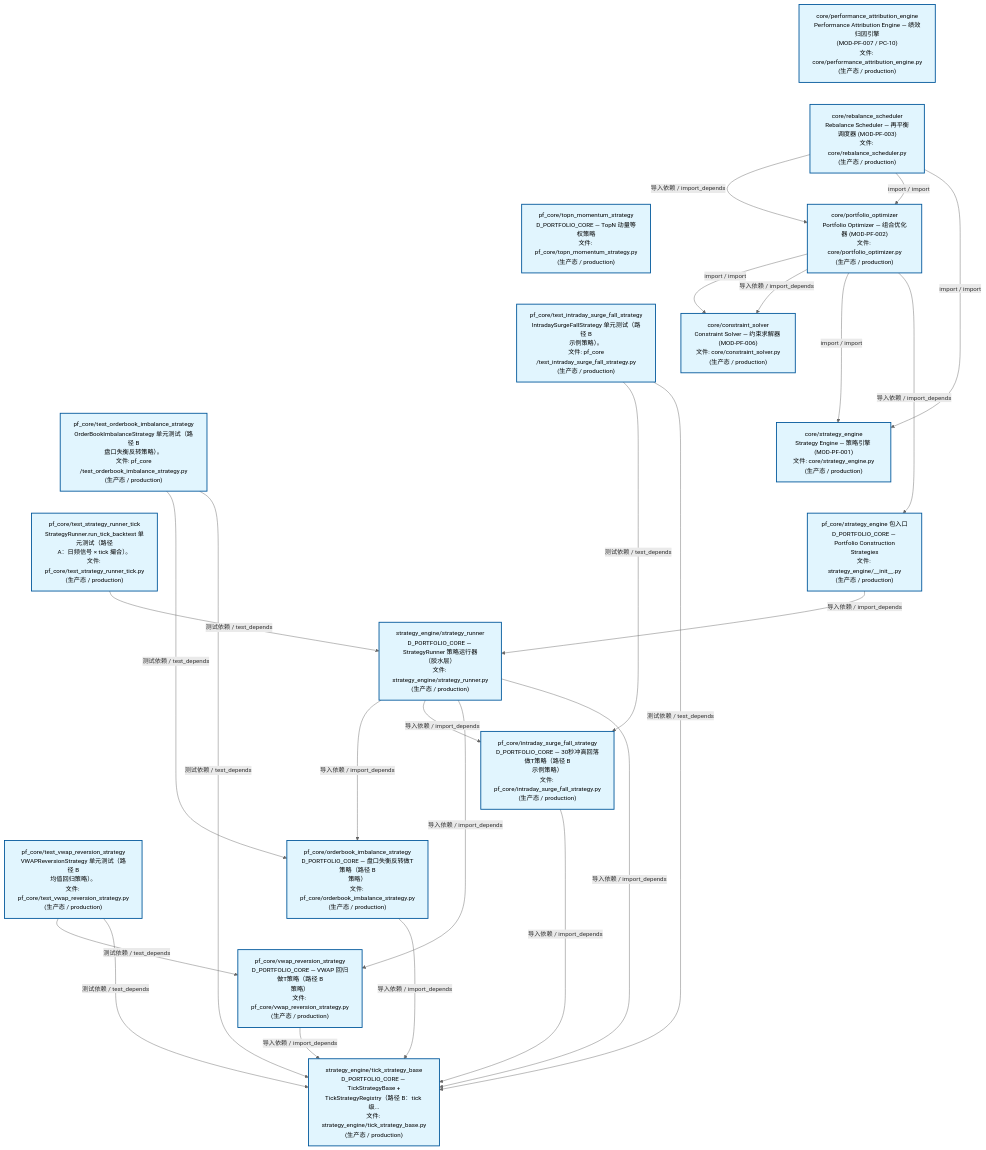
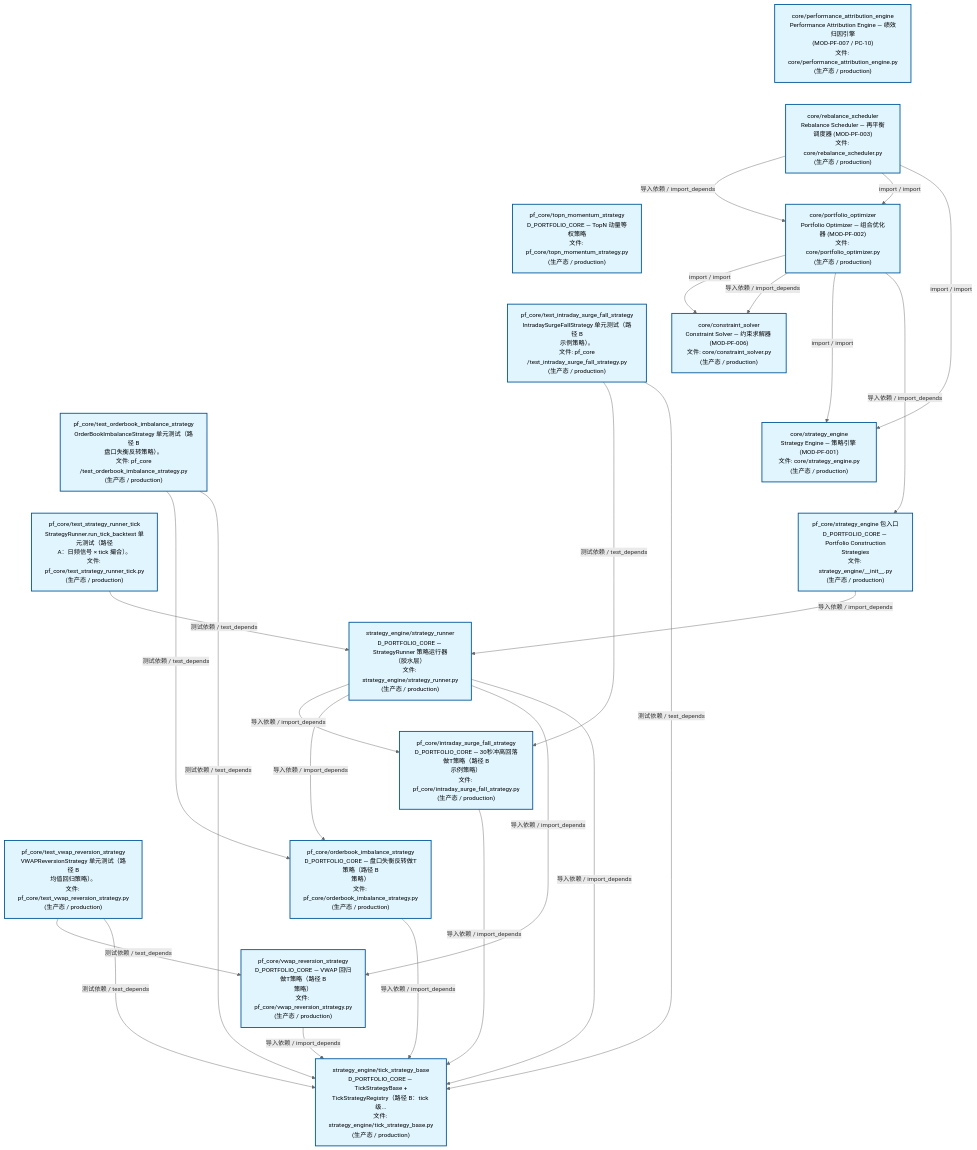
One commit to xuanFelixVan/ZephyrAlpha changed the second of 3 diagrams in docs/02_enterprise_architecture/02_domain_architecture_docs/63_d_pf_core.md. Above: the diagram before and after it, drawn with Mermaid. The commit also changed other lines of this file and 43 other files, not shown here.

````diff
--- a/docs/02_enterprise_architecture/02_domain_architecture_docs/63_d_pf_core.md
+++ b/docs/02_enterprise_architecture/02_domain_architecture_docs/63_d_pf_core.md
@@ -138,57 +139,57 @@
 ```mermaid
 %%{init: {'theme': 'base', 'themeVariables': {'primaryColor': '#eaeaea', 'primaryTextColor': '#333333', 'primaryBorderColor': '#666666', 'lineColor': '#666666', 'secondaryColor': '#eaeaea', 'tertiaryColor': '#eaeaea', 'fontSize': '14px'}}}%%
 flowchart TD
     src_zephyr_pf_core_core_performance_attribution_engine_py["core/performance_attribution_engine<br/>Performance Attribution Engine — 绩效归因引擎<br/>(MOD-PF-007 / PC-10)<br/>文件: core/performance_attribution_engine.py<br/>(生产态 / production)"]
     src_zephyr_pf_core_core_rebalance_scheduler_py["core/rebalance_scheduler<br/>Rebalance Scheduler — 再平衡调度器 (MOD-PF-003)<br/>文件: core/rebalance_scheduler.py<br/>(生产态 / production)"]
     src_zephyr_pf_core_topn_momentum_strategy_py["pf_core/topn_momentum_strategy<br/>D_PORTFOLIO_CORE — TopN 动量等权策略<br/>文件: pf_core/topn_momentum_strategy.py<br/>(生产态 / production)"]
     tests_pf_core_test_intraday_surge_fall_strategy_py["pf_core/test_intraday_surge_fall_strategy<br/>IntradaySurgeFallStrategy 单元测试（路径 B<br/>示例策略）。<br/>文件: pf_core<br/>/test_intraday_surge_fall_strategy.py<br/>(生产态 / production)"]
     tests_pf_core_test_orderbook_imbalance_strategy_py["pf_core/test_orderbook_imbalance_strategy<br/>OrderBookImbalanceStrategy 单元测试（路径 B<br/>盘口失衡反转策略）。<br/>文件: pf_core<br/>/test_orderbook_imbalance_strategy.py<br/>(生产态 / production)"]
     tests_pf_core_test_strategy_runner_tick_py["pf_core/test_strategy_runner_tick<br/>StrategyRunner.run_tick_backtest 单元测试（路径<br/>A：日频信号 × tick 撮合）。<br/>文件: pf_core/test_strategy_runner_tick.py<br/>(生产态 / production)"]
     tests_pf_core_test_vwap_reversion_strategy_py["pf_core/test_vwap_reversion_strategy<br/>VWAPReversionStrategy 单元测试（路径 B<br/>均值回归策略）。<br/>文件: pf_core/test_vwap_reversion_strategy.py<br/>(生产态 / production)"]
     src_zephyr_pf_core_core_performance_attribution_engine_py ~~~ src_zephyr_pf_core_core_rebalance_scheduler_py
     src_zephyr_pf_core_core_rebalance_scheduler_py ~~~ src_zephyr_pf_core_topn_momentum_strategy_py
     src_zephyr_pf_core_topn_momentum_strategy_py ~~~ tests_pf_core_test_intraday_surge_fall_strategy_py
     tests_pf_core_test_intraday_surge_fall_strategy_py ~~~ tests_pf_core_test_orderbook_imbalance_strategy_py
     tests_pf_core_test_orderbook_imbalance_strategy_py ~~~ tests_pf_core_test_strategy_runner_tick_py
     tests_pf_core_test_strategy_runner_tick_py ~~~ tests_pf_core_test_vwap_reversion_strategy_py
     src_zephyr_pf_core_core_portfolio_optimizer_py["core/portfolio_optimizer<br/>Portfolio Optimizer — 组合优化器 (MOD-PF-002)<br/>文件: core/portfolio_optimizer.py<br/>(生产态 / production)"]
     src_zephyr_pf_core_core_constraint_solver_py["core/constraint_solver<br/>Constraint Solver — 约束求解器 (MOD-PF-006)<br/>文件: core/constraint_solver.py<br/>(生产态 / production)"]
     src_zephyr_pf_core_core_strategy_engine_py["core/strategy_engine<br/>Strategy Engine — 策略引擎 (MOD-PF-001)<br/>文件: core/strategy_engine.py<br/>(生产态 / production)"]
     src_zephyr_pf_core_strategy_engine_init_py["pf_core/strategy_engine 包入口<br/>D_PORTFOLIO_CORE — Portfolio Construction<br/>Strategies<br/>文件: strategy_engine/__init__.py<br/>(生产态 / production)"]
     src_zephyr_pf_core_core_constraint_solver_py ~~~ src_zephyr_pf_core_core_strategy_engine_py
     src_zephyr_pf_core_core_strategy_engine_py ~~~ src_zephyr_pf_core_strategy_engine_init_py
     src_zephyr_pf_core_strategy_engine_strategy_runner_py["strategy_engine/strategy_runner<br/>D_PORTFOLIO_CORE — StrategyRunner 策略运行器<br/>（胶水层）<br/>文件: strategy_engine/strategy_runner.py<br/>(生产态 / production)"]
     src_zephyr_pf_core_intraday_surge_fall_strategy_py["pf_core/intraday_surge_fall_strategy<br/>D_PORTFOLIO_CORE — 30秒冲高回落做T策略（路径 B<br/>示例策略）<br/>文件: pf_core/intraday_surge_fall_strategy.py<br/>(生产态 / production)"]
     src_zephyr_pf_core_orderbook_imbalance_strategy_py["pf_core/orderbook_imbalance_strategy<br/>D_PORTFOLIO_CORE — 盘口失衡反转做T策略（路径 B<br/>策略）<br/>文件: pf_core/orderbook_imbalance_strategy.py<br/>(生产态 / production)"]
     src_zephyr_pf_core_vwap_reversion_strategy_py["pf_core/vwap_reversion_strategy<br/>D_PORTFOLIO_CORE — VWAP 回归做T策略（路径 B<br/>策略）<br/>文件: pf_core/vwap_reversion_strategy.py<br/>(生产态 / production)"]
     src_zephyr_pf_core_intraday_surge_fall_strategy_py ~~~ src_zephyr_pf_core_orderbook_imbalance_strategy_py
     src_zephyr_pf_core_orderbook_imbalance_strategy_py ~~~ src_zephyr_pf_core_vwap_reversion_strategy_py
     src_zephyr_pf_core_strategy_engine_tick_strategy_base_py["strategy_engine/tick_strategy_base<br/>D_PORTFOLIO_CORE — TickStrategyBase +<br/>TickStrategyRegistry（路径 B：tick 级...<br/>文件: strategy_engine/tick_strategy_base.py<br/>(生产态 / production)"]
+    src_zephyr_pf_core_intraday_surge_fall_strategy_py -->|导入依赖 / import_depends| src_zephyr_pf_core_strategy_engine_tick_strategy_base_py
     src_zephyr_pf_core_orderbook_imbalance_strategy_py -->|导入依赖 / import_depends| src_zephyr_pf_core_strategy_engine_tick_strategy_base_py
-    src_zephyr_pf_core_intraday_surge_fall_strategy_py -->|导入依赖 / import_depends| src_zephyr_pf_core_strategy_engine_tick_strategy_base_py
     src_zephyr_pf_core_vwap_reversion_strategy_py -->|导入依赖 / import_depends| src_zephyr_pf_core_strategy_engine_tick_strategy_base_py
     src_zephyr_pf_core_core_rebalance_scheduler_py -->|导入依赖 / import_depends| src_zephyr_pf_core_core_portfolio_optimizer_py
     src_zephyr_pf_core_core_rebalance_scheduler_py -->|import / import| src_zephyr_pf_core_core_portfolio_optimizer_py
     src_zephyr_pf_core_core_rebalance_scheduler_py -->|import / import| src_zephyr_pf_core_core_strategy_engine_py
     src_zephyr_pf_core_core_portfolio_optimizer_py -->|import / import| src_zephyr_pf_core_core_constraint_solver_py
     src_zephyr_pf_core_core_portfolio_optimizer_py -->|导入依赖 / import_depends| src_zephyr_pf_core_core_constraint_solver_py
     src_zephyr_pf_core_core_portfolio_optimizer_py -->|import / import| src_zephyr_pf_core_core_strategy_engine_py
     src_zephyr_pf_core_core_portfolio_optimizer_py -->|导入依赖 / import_depends| src_zephyr_pf_core_strategy_engine_init_py
     src_zephyr_pf_core_strategy_engine_init_py -->|导入依赖 / import_depends| src_zephyr_pf_core_strategy_engine_strategy_runner_py
+    src_zephyr_pf_core_strategy_engine_strategy_runner_py -->|导入依赖 / import_depends| src_zephyr_pf_core_intraday_surge_fall_strategy_py
     src_zephyr_pf_core_strategy_engine_strategy_runner_py -->|导入依赖 / import_depends| src_zephyr_pf_core_orderbook_imbalance_strategy_py
-    src_zephyr_pf_core_strategy_engine_strategy_runner_py -->|导入依赖 / import_depends| src_zephyr_pf_core_intraday_surge_fall_strategy_py
     src_zephyr_pf_core_strategy_engine_strategy_runner_py -->|导入依赖 / import_depends| src_zephyr_pf_core_vwap_reversion_strategy_py
     src_zephyr_pf_core_strategy_engine_strategy_runner_py -->|导入依赖 / import_depends| src_zephyr_pf_core_strategy_engine_tick_strategy_base_py
+    tests_pf_core_test_intraday_surge_fall_strategy_py -->|测试依赖 / test_depends| src_zephyr_pf_core_intraday_surge_fall_strategy_py
+    tests_pf_core_test_intraday_surge_fall_strategy_py -->|测试依赖 / test_depends| src_zephyr_pf_core_strategy_engine_tick_strategy_base_py
     tests_pf_core_test_orderbook_imbalance_strategy_py -->|测试依赖 / test_depends| src_zephyr_pf_core_orderbook_imbalance_strategy_py
     tests_pf_core_test_orderbook_imbalance_strategy_py -->|测试依赖 / test_depends| src_zephyr_pf_core_strategy_engine_tick_strategy_base_py
-    tests_pf_core_test_intraday_surge_fall_strategy_py -->|测试依赖 / test_depends| src_zephyr_pf_core_intraday_surge_fall_strategy_py
-    tests_pf_core_test_intraday_surge_fall_strategy_py -->|测试依赖 / test_depends| src_zephyr_pf_core_strategy_engine_tick_strategy_base_py
     tests_pf_core_test_vwap_reversion_strategy_py -->|测试依赖 / test_depends| src_zephyr_pf_core_vwap_reversion_strategy_py
     tests_pf_core_test_vwap_reversion_strategy_py -->|测试依赖 / test_depends| src_zephyr_pf_core_strategy_engine_tick_strategy_base_py
     tests_pf_core_test_strategy_runner_tick_py -->|测试依赖 / test_depends| src_zephyr_pf_core_strategy_engine_strategy_runner_py
     classDef production fill:#e1f5fe,stroke:#01579b,stroke-width:2px,color:#000
     classDef design fill:#fff3e0,stroke:#e65100,stroke-width:2px,color:#000,stroke-dasharray: 5 5
     classDef external_prod fill:#e8f4fd,stroke:#0277bd,stroke-width:1px,color:#000
     classDef external_design fill:#fff8e7,stroke:#ef6c00,stroke-width:1px,color:#000,stroke-dasharray: 5 5
     class src_zephyr_pf_core_core_constraint_solver_py,src_zephyr_pf_core_core_performance_attribution_engine_py,src_zephyr_pf_core_core_portfolio_optimizer_py,src_zephyr_pf_core_core_rebalance_scheduler_py,src_zephyr_pf_core_core_strategy_engine_py,src_zephyr_pf_core_intraday_surge_fall_strategy_py,src_zephyr_pf_core_orderbook_imbalance_strategy_py,src_zephyr_pf_core_strategy_engine_init_py,src_zephyr_pf_core_strategy_engine_strategy_runner_py,src_zephyr_pf_core_strategy_engine_tick_strategy_base_py,src_zephyr_pf_core_topn_momentum_strategy_py,src_zephyr_pf_core_vwap_reversion_strategy_py,tests_pf_core_test_intraday_surge_fall_strategy_py,tests_pf_core_test_orderbook_imbalance_strategy_py,tests_pf_core_test_strategy_runner_tick_py,tests_pf_core_test_vwap_reversion_strategy_py production
 ```
````
